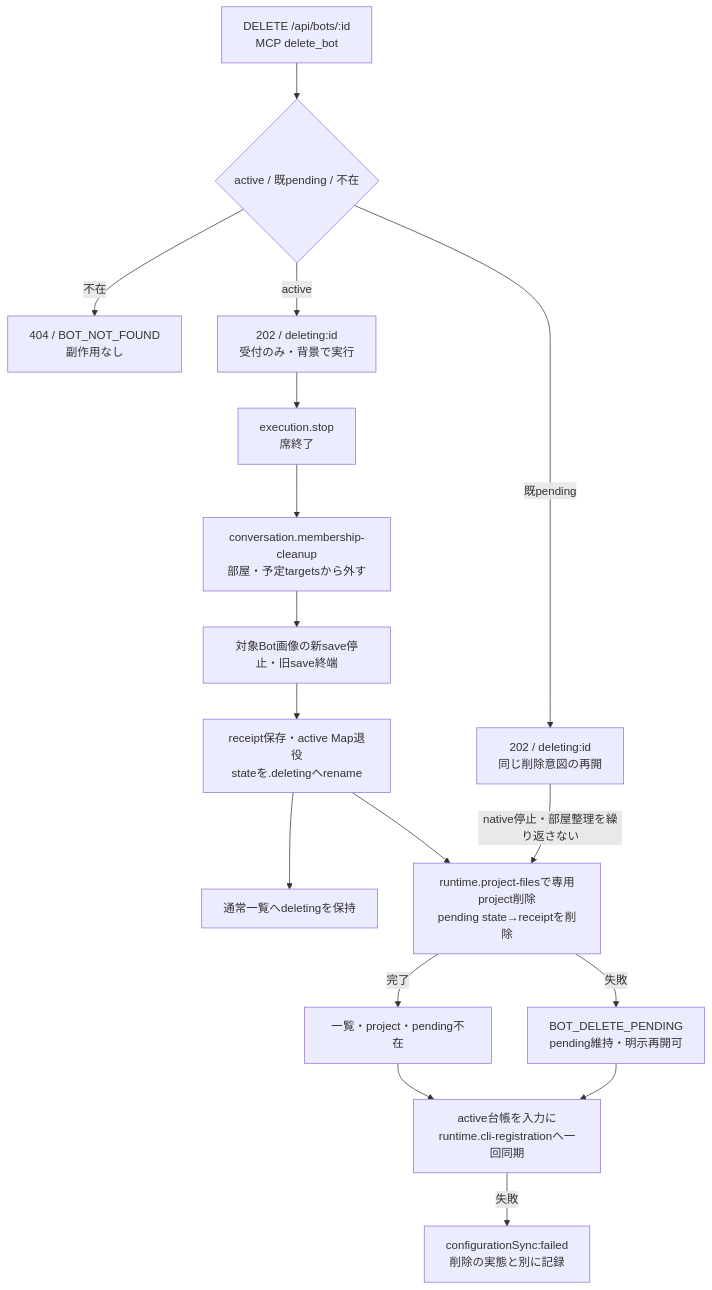
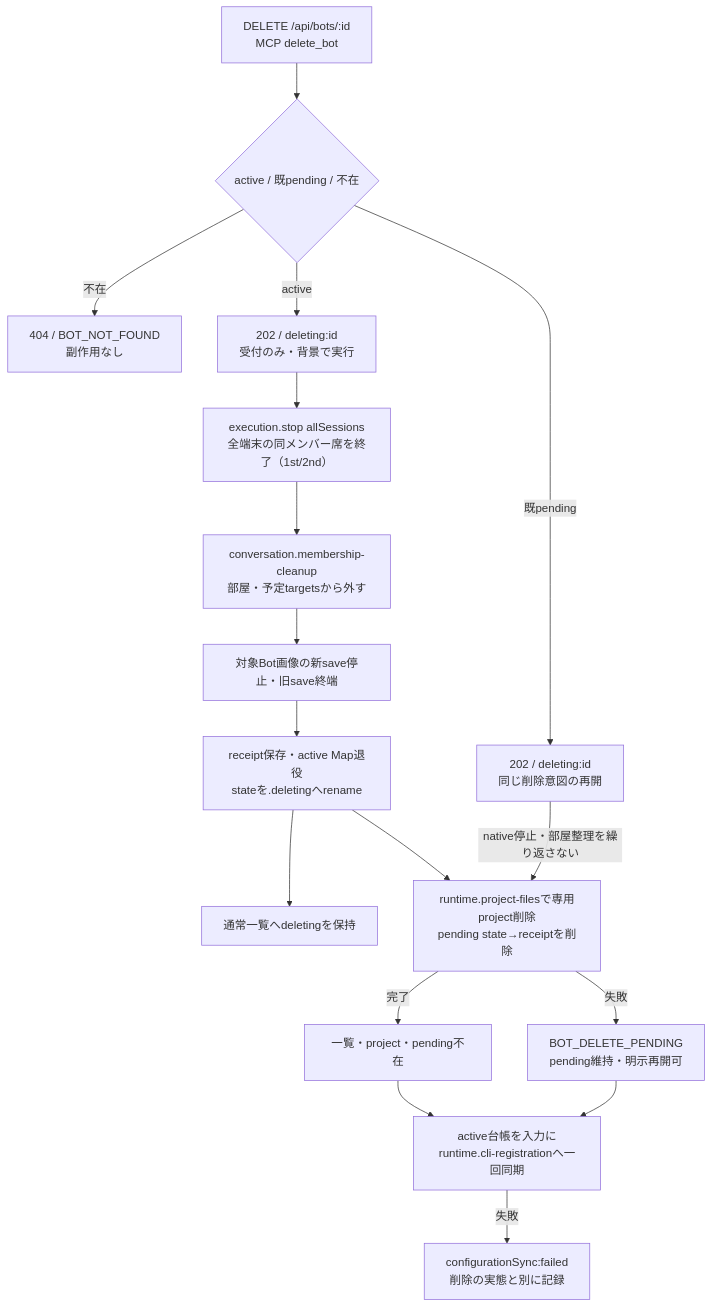
The first of 2 diagrams in docs/architecture/modules/members/deletion.md (kitepon/BellTeam), drawn with Mermaid before and after one commit. The commit also changed other lines of this file and 4 other files, not shown here.

````diff
--- a/docs/architecture/modules/members/deletion.md
+++ b/docs/architecture/modules/members/deletion.md
@@ -5,19 +5,19 @@
 ```mermaid
 flowchart TD
   Input["DELETE /api/bots/:id<br/>MCP delete_bot"] --> Target{"active / 既pending / 不在"}
   Target -->|"不在"| Missing["404 / BOT_NOT_FOUND<br/>副作用なし"]
   Target -->|"active"| Accepted["202 / deleting:id<br/>受付のみ・背景で実行"]
   Target -->|"既pending"| Resume["202 / deleting:id<br/>同じ削除意図の再開"]
-  Accepted --> Stop["execution.stop<br/>席終了"]
+  Accepted --> Stop["execution.stop allSessions<br/>全端末の同メンバー席を終了（1st/2nd）"]
   Stop --> Rooms["conversation.membership-cleanup<br/>部屋・予定targetsから外す"]
   Rooms --> Gate["対象Bot画像の新save停止・旧save終端"]
   Gate --> Record["receipt保存・active Map退役<br/>stateを.deletingへrename"]
   Record --> Listing["通常一覧へdeletingを保持"]
   Record --> Cleanup["runtime.project-filesで専用project削除<br/>pending state→receiptを削除"]
   Resume -->|"native停止・部屋整理を繰り返さない"| Cleanup
   Cleanup -->|"完了"| Absent["一覧・project・pending不在"]
   Cleanup -->|"失敗"| Pending["BOT_DELETE_PENDING<br/>pending維持・明示再開可"]
   Absent --> Sync["active台帳を入力に<br/>runtime.cli-registrationへ一回同期"]
   Pending --> Sync
   Sync -->|"失敗"| SyncError["configurationSync:failed<br/>削除の実態と別に記録"]
 ```
````
